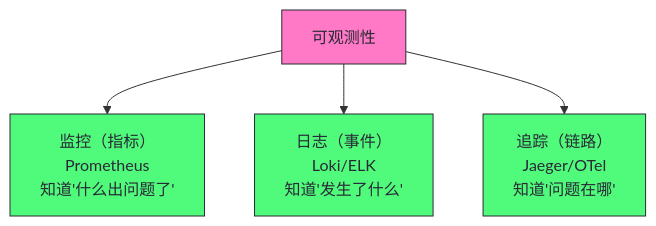
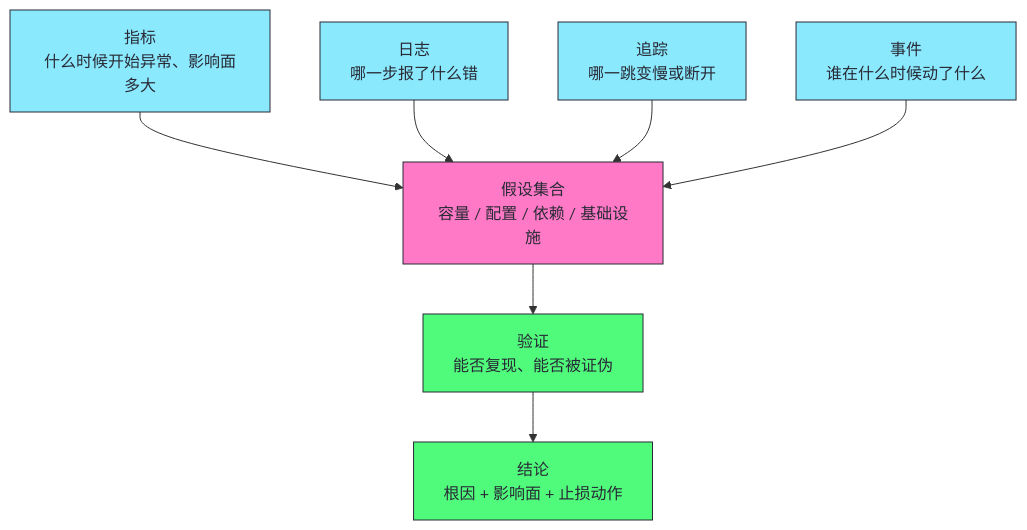
The first of 5 diagrams in content/云原生/Kubernetes/Kubernetes架构深度剖析/17 集群可观测性与故障排查：监控、日志、追踪与诊断.md (hpliStartAgain/my-brain), drawn with Mermaid before and after one commit. The commit also changed other lines of this file and 259 other files, not shown here.

````diff
--- a/content/云原生/Kubernetes/Kubernetes架构深度剖析/17 集群可观测性与故障排查：监控、日志、追踪与诊断.md
+++ b/content/云原生/Kubernetes/Kubernetes架构深度剖析/17 集群可观测性与故障排查：监控、日志、追踪与诊断.md
@@ -20,14 +65,17 @@
 ```mermaid
 %%{init: {'theme': 'dracula'}}%%
 graph TD
-    Obs["可观测性"] --> Metrics["监控（指标）<br/>Prometheus<br/>知道'什么出问题了'"]
-    Obs --> Logs["日志（事件）<br/>Loki/ELK<br/>知道'发生了什么'"]
-    Obs --> Traces["追踪（链路）<br/>Jaeger/OTel<br/>知道'问题在哪'"]
+    M["指标<br/>什么时候开始异常、影响面多大"] --> H["假设集合<br/>容量 / 配置 / 依赖 / 基础设施"]
+    L["日志<br/>哪一步报了什么错"] --> H
+    T["追踪<br/>哪一跳变慢或断开"] --> H
+    E["事件<br/>谁在什么时候动了什么"] --> H
+    H --> V["验证<br/>能否复现、能否被证伪"]
+    V --> R["结论<br/>根因 + 影响面 + 止损动作"]
 
-    classDef obs fill:#ff79c6,stroke:#282a36,color:#282a36
-    classDef pillar fill:#50fa7b,stroke:#282a36,color:#282a36
-    class Obs obs
-    class Metrics pillar
-    class Logs pillar
-    class Traces pillar
+    classDef sig fill:#8be9fd,stroke:#282a36,color:#282a36
+    classDef hyp fill:#ff79c6,stroke:#282a36,color:#282a36
+    classDef act fill:#50fa7b,stroke:#282a36,color:#282a36
+    class M,L,T,E sig
+    class H hyp
+    class V,R act
 ```
````
